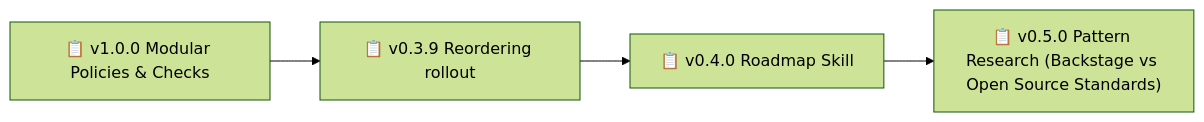
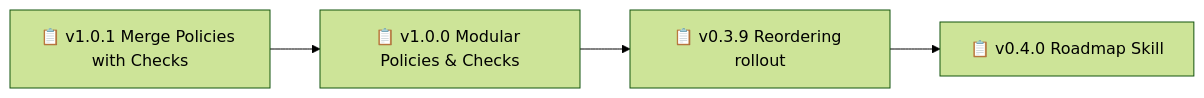
One commit to nonlinear/backstage changed the diagram in backstage/ROADMAP.md. Above: the diagram before and after it, drawn with Mermaid (forest theme). The commit also changed other lines of this file and 2 other files, not shown here.

Commit message:
v1.0.1: Add epic + rename backstage-start.sh → backstage.sh + remove backstage-end.sh

````diff
--- a/backstage/ROADMAP.md
+++ b/backstage/ROADMAP.md
@@ -36,10 +36,10 @@
 ```mermaid
 graph LR
-    A[📋 v1.0.0 Modular Policies & Checks]
-    B[📋 v0.3.9 Reordering rollout]
+    A[📋 v1.0.1 Merge Policies with Checks]
+    B[📋 v1.0.0 Modular Policies & Checks]
     A --> B
-    C[📋 v0.4.0 Roadmap Skill]
+    C[📋 v0.3.9 Reordering rollout]
     B --> C
-    D["📋 v0.5.0 Pattern Research (Backstage vs Open Source Standards)"]
+    D[📋 v0.4.0 Roadmap Skill]
     C --> D
 ```
````
